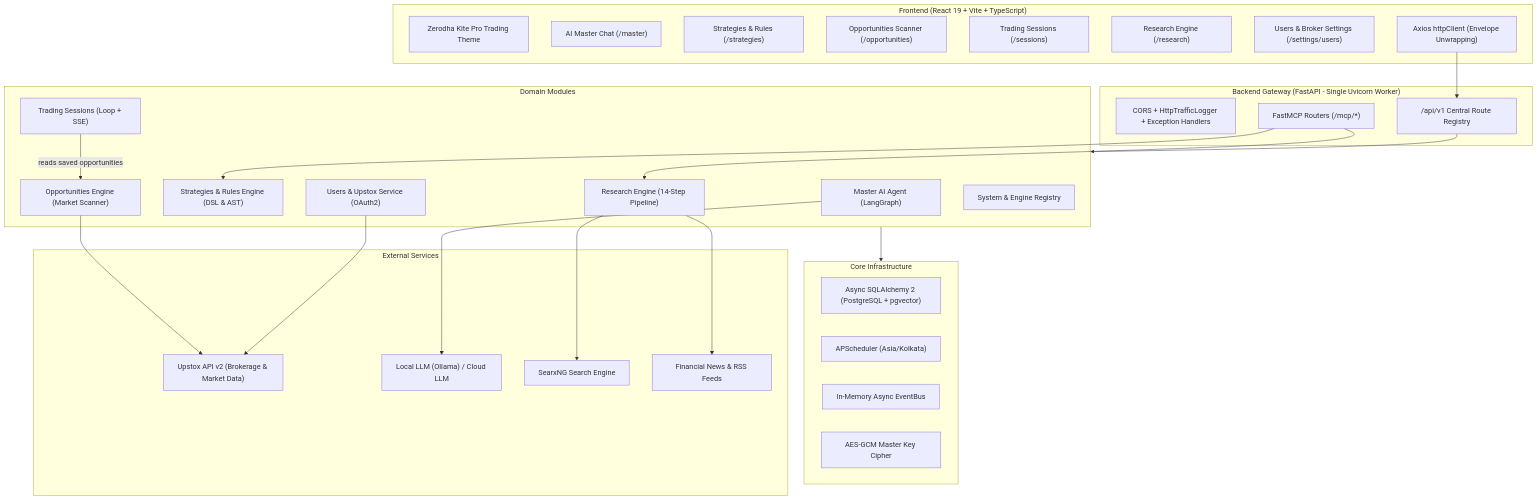
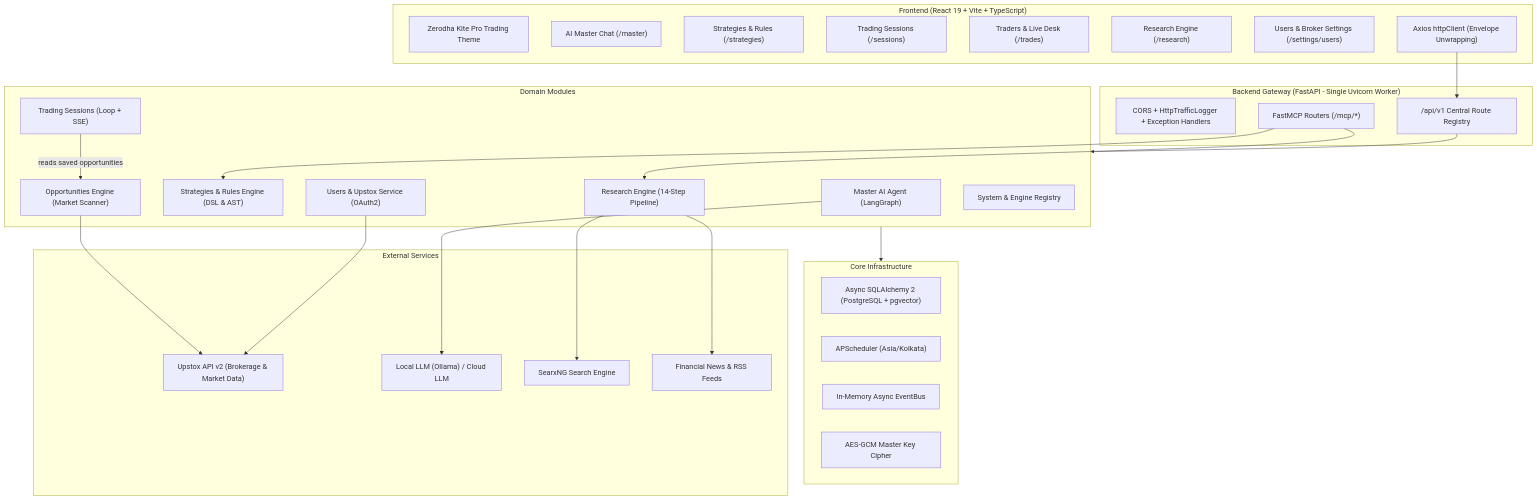
The diagram in docs/README.md (alenxaviersathwic/auto-trader), drawn with Mermaid before and after one commit. The commit also changed other lines of this file and 20 other files, not shown here.

````diff
--- a/docs/README.md
+++ b/docs/README.md
@@ -41,55 +42,55 @@
 ```mermaid
 graph TB
     subgraph Frontend ["Frontend (React 19 + Vite + TypeScript)"]
         UI_Kite["Zerodha Kite Pro Trading Theme"]
         UI_Master["AI Master Chat (/master)"]
         UI_Strat["Strategies & Rules (/strategies)"]
-        UI_Opp["Opportunities Scanner (/opportunities)"]
         UI_Sess["Trading Sessions (/sessions)"]
+        UI_Trades["Traders & Live Desk (/trades)"]
         UI_Res["Research Engine (/research)"]
         UI_Users["Users & Broker Settings (/settings/users)"]
         UI_Client["Axios httpClient (Envelope Unwrapping)"]
     end
 
     subgraph Backend ["Backend Gateway (FastAPI - Single Uvicorn Worker)"]
         API_MW["CORS + HttpTrafficLogger + Exception Handlers"]
         API_V1["/api/v1 Central Route Registry"]
         MCP_Hub["FastMCP Routers (/mcp/*)"]
     end
 
     subgraph Modules ["Domain Modules"]
         MOD_Master["Master AI Agent (LangGraph)"]
         MOD_Strat["Strategies & Rules Engine (DSL & AST)"]
         MOD_Res["Research Engine (14-Step Pipeline)"]
         MOD_Opp["Opportunities Engine (Market Scanner)"]
         MOD_Sess["Trading Sessions (Loop + SSE)"]
         MOD_Users["Users & Upstox Service (OAuth2)"]
         MOD_Sys["System & Engine Registry"]
     end
 
     subgraph Core ["Core Infrastructure"]
         CORE_DB["Async SQLAlchemy 2 (PostgreSQL + pgvector)"]
         CORE_SCHED["APScheduler (Asia/Kolkata)"]
         CORE_BUS["In-Memory Async EventBus"]
         CORE_CRYPTO["AES-GCM Master Key Cipher"]
     end
 
     subgraph External ["External Services"]
         EXT_Upstox["Upstox API v2 (Brokerage & Market Data)"]
         EXT_Ollama["Local LLM (Ollama) / Cloud LLM"]
         EXT_Searx["SearxNG Search Engine"]
         EXT_RSS["Financial News & RSS Feeds"]
     end
 
     UI_Client --> API_V1
     API_V1 --> Modules
     MCP_Hub --> MOD_Strat
     MCP_Hub --> MOD_Res
     Modules --> Core
     MOD_Master --> EXT_Ollama
     MOD_Res --> EXT_Searx
     MOD_Res --> EXT_RSS
     MOD_Users --> EXT_Upstox
     MOD_Opp --> EXT_Upstox
     MOD_Sess -->|reads saved opportunities| MOD_Opp
 ```
````
